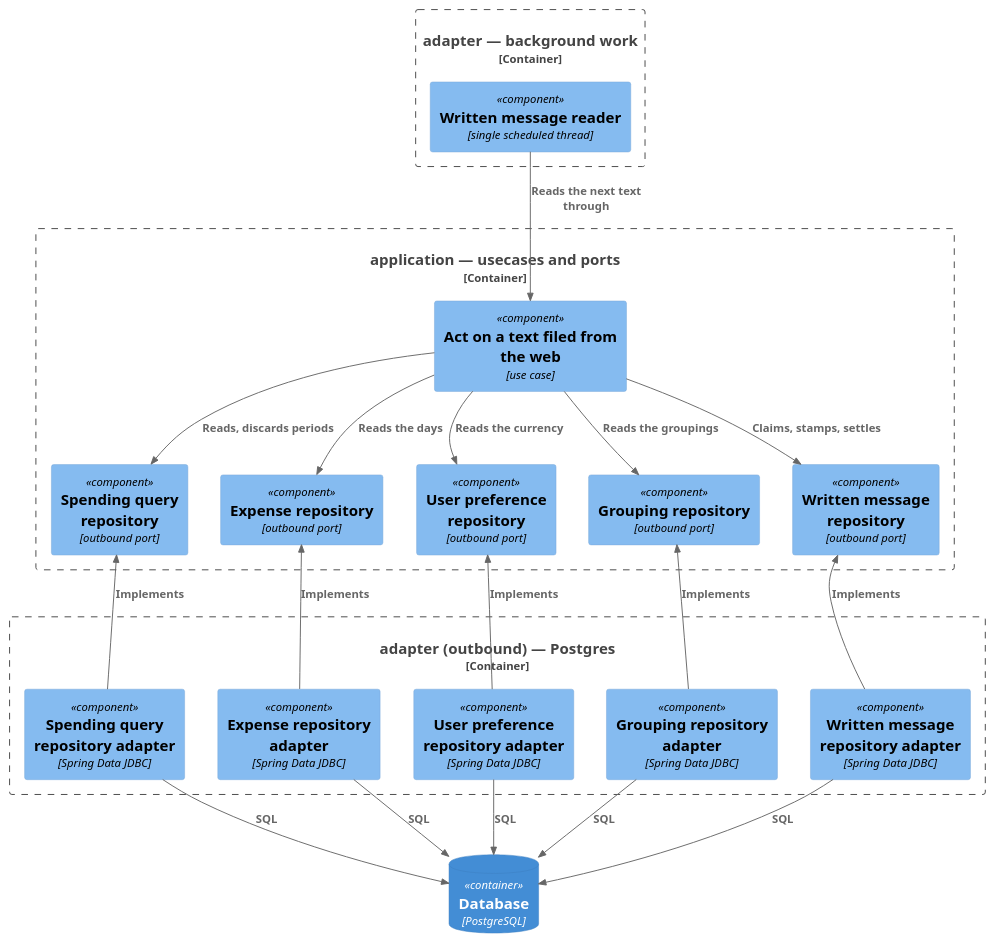
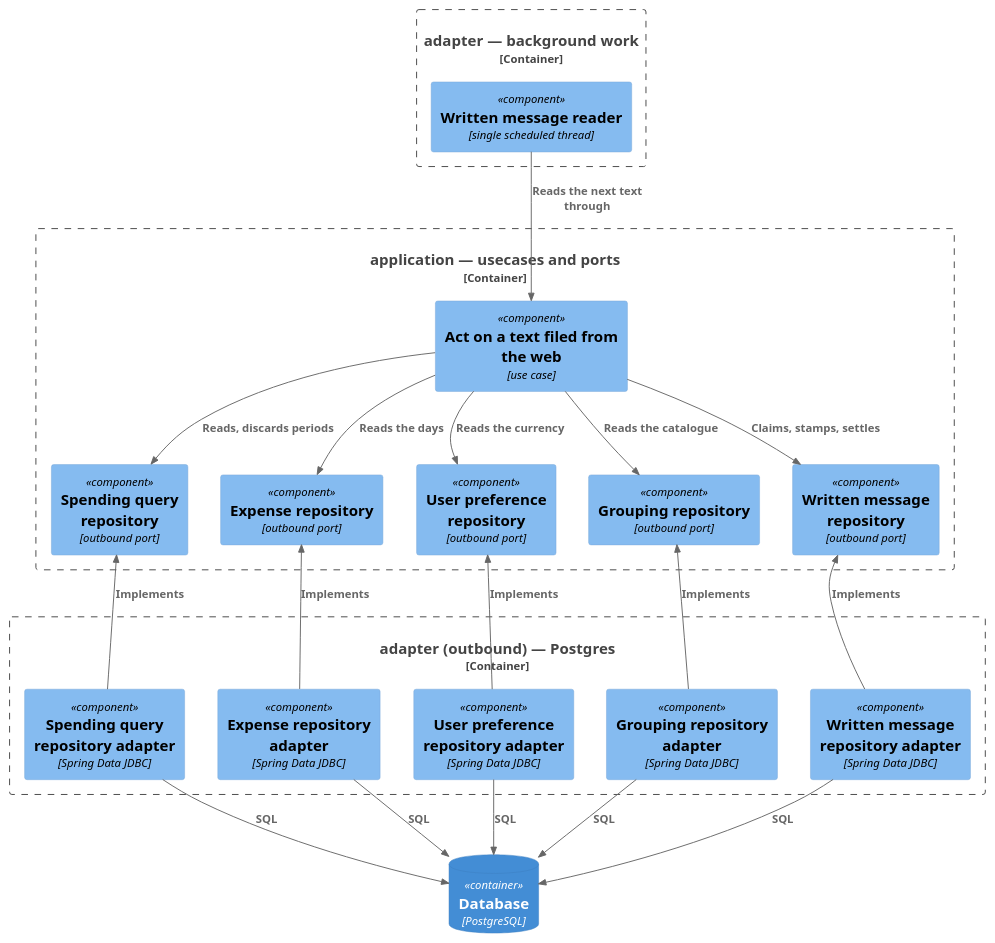
Before and after one commit to ds-usova/finance-bot: the first of 3 diagrams in ledger-service/docs/usecases/handle-written-message.md, drawn with PlantUML. The commit also changed other lines of this file and 13 other files, not shown here.

````diff
--- a/ledger-service/docs/usecases/handle-written-message.md
+++ b/ledger-service/docs/usecases/handle-written-message.md
@@ -54,45 +54,45 @@
 ```plantuml
 @startuml C3-Component-HandleWrittenMessage-Stores
 !include <C4/C4_Component>
 
 Container_Boundary(async, "adapter — background work") {
   Component(reader, "Written message reader", "single scheduled thread")
 }
 Container_Boundary(application, "application — usecases and ports") {
   Component(useCase, "Act on a text filed from the web", "use case")
   Component(writtenPort, "Written message repository", "outbound port")
   Component(groupingPort, "Grouping repository", "outbound port")
   Component(preferencePort, "User preference repository", "outbound port")
   Component(expensePort, "Expense repository", "outbound port")
   Component(queryPort, "Spending query repository", "outbound port")
 }
 Container_Boundary(outboundDb, "adapter (outbound) — Postgres") {
   Component(writtenAdapter, "Written message repository adapter", "Spring Data JDBC")
   Component(groupingAdapter, "Grouping repository adapter", "Spring Data JDBC")
   Component(preferenceAdapter, "User preference repository adapter", "Spring Data JDBC")
   Component(expenseAdapter, "Expense repository adapter", "Spring Data JDBC")
   Component(queryAdapter, "Spending query repository adapter", "Spring Data JDBC")
 }
 ContainerDb(db, "Database", "PostgreSQL")
 
 Rel_D(reader, useCase, "Reads the next text through")
 Rel_D(useCase, writtenPort, "Claims, stamps, settles")
-Rel_D(useCase, groupingPort, "Reads the groupings")
+Rel_D(useCase, groupingPort, "Reads the catalogue")
 Rel_D(useCase, preferencePort, "Reads the currency")
 Rel_D(useCase, expensePort, "Reads the days")
 Rel_D(useCase, queryPort, "Reads, discards periods")
 Rel_U(writtenAdapter, writtenPort, "Implements")
 Rel_U(groupingAdapter, groupingPort, "Implements")
 Rel_U(preferenceAdapter, preferencePort, "Implements")
 Rel_U(expenseAdapter, expensePort, "Implements")
 Rel_U(queryAdapter, queryPort, "Implements")
 Rel_D(writtenAdapter, db, "SQL")
 Rel_D(groupingAdapter, db, "SQL")
 Rel_D(preferenceAdapter, db, "SQL")
 Rel_D(expenseAdapter, db, "SQL")
 Rel_D(queryAdapter, db, "SQL")
 
 Lay_D(useCase, writtenPort)
 Lay_D(writtenPort, writtenAdapter)
 @enduml
 ```
````
